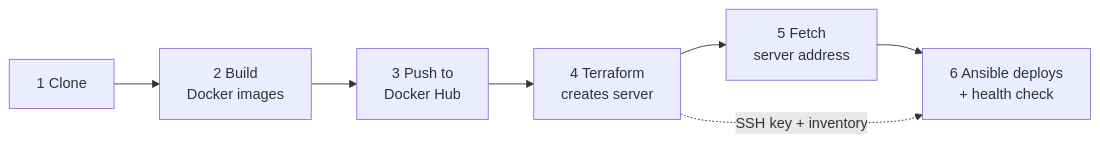
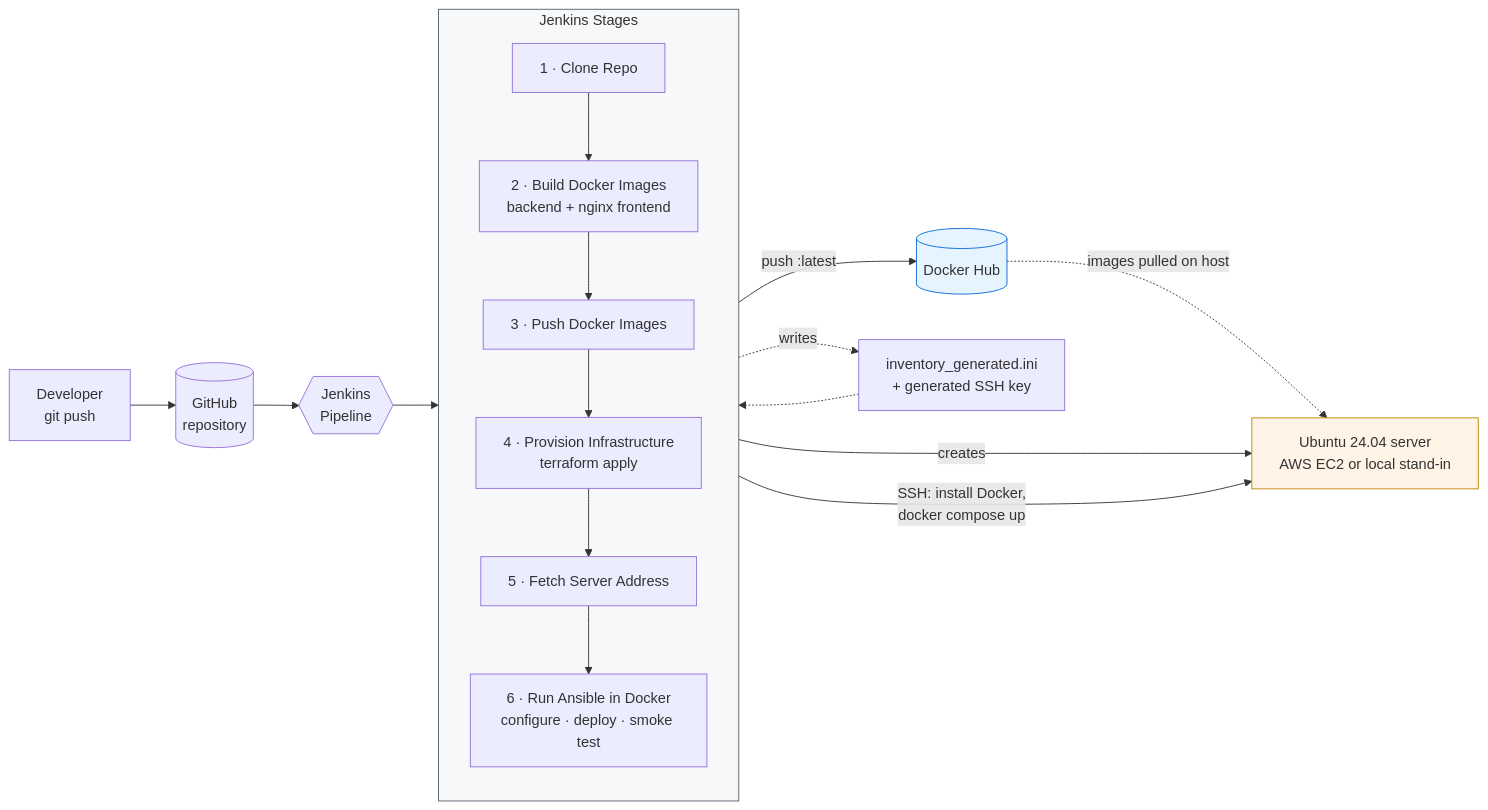
The first of 5 diagrams in README.md (KesharaGunathilaka/DevOps_RealTimeChat), drawn with Mermaid before and after one commit. The commit also changed other lines of this file, not shown here.

````diff
--- a/README.md
+++ b/README.md
@@ -33,5 +90,28 @@
 ```mermaid
 flowchart LR
-    A["1 Clone"] --> B["2 Build<br/>Docker images"] --> C["3 Push to<br/>Docker Hub"] --> D["4 Terraform<br/>creates server"] --> E["5 Fetch<br/>server address"] --> F["6 Ansible deploys<br/>+ health check"]
-    D -.->|"SSH key + inventory"| F
+    DEV["Developer<br/>git push"] --> GH[("GitHub<br/>repository")]
+    GH --> J{{"Jenkins<br/>Pipeline"}}
+
+    subgraph PIPE ["Jenkins Stages"]
+        direction TB
+        S1["1 · Clone Repo"]
+        S2["2 · Build Docker Images<br/>backend + nginx frontend"]
+        S3["3 · Push Docker Images"]
+        S4["4 · Provision Infrastructure<br/>terraform apply"]
+        S5["5 · Fetch Server Address"]
+        S6["6 · Run Ansible in Docker<br/>configure · deploy · smoke test"]
+        S1 --> S2 --> S3 --> S4 --> S5 --> S6
+    end
+
+    J --> PIPE
+    S3 -->|"push :latest"| DH[("Docker Hub")]
+    S4 -->|"creates"| EC2["Ubuntu 24.04 server<br/>AWS EC2 or local stand-in"]
+    S4 -.->|"writes"| INV["inventory_generated.ini<br/>+ generated SSH key"]
+    INV -.-> S6
+    S6 -->|"SSH: install Docker,<br/>docker compose up"| EC2
+    DH -.->|"images pulled on host"| EC2
+
+    style PIPE fill:#f6f8fa,stroke:#57606a
+    style EC2 fill:#fff4e5,stroke:#bf8700
+    style DH fill:#e6f4ff,stroke:#0969da
 ```
````
